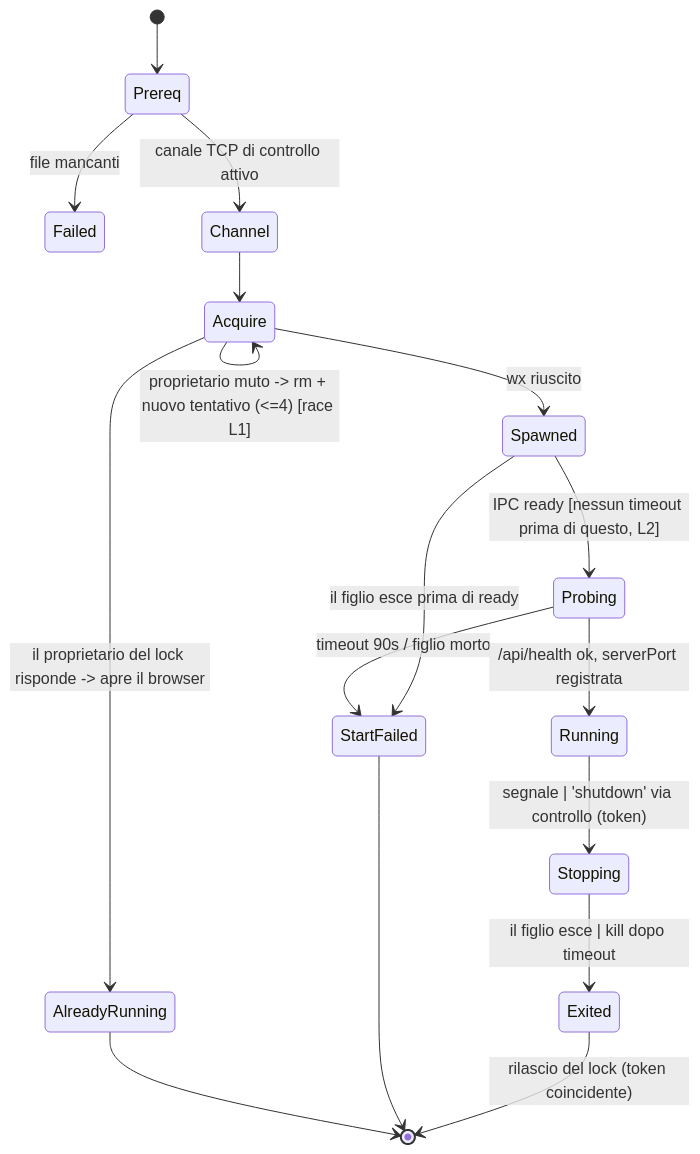
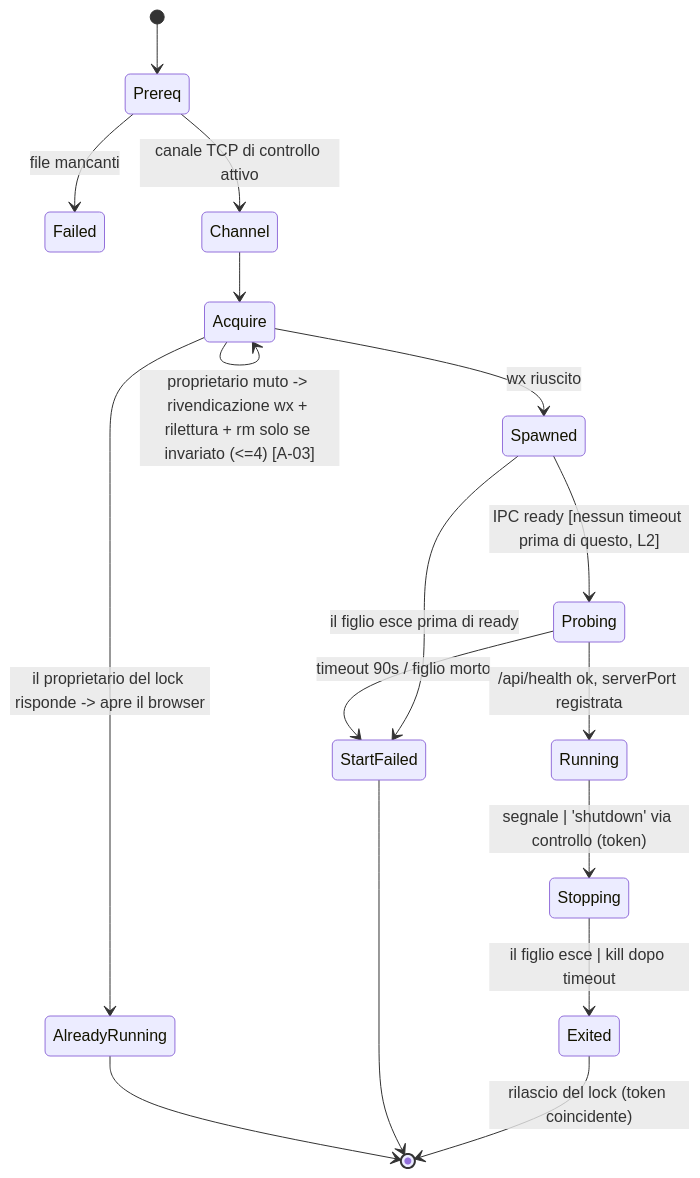
Before and after one commit to antimo95/appConto: the third of 8 diagrams in docs/architecture-audit/STATE_MACHINES.md, drawn with Mermaid. The commit also changed other lines of this file and 6 other files, not shown here.

````diff
--- a/docs/architecture-audit/STATE_MACHINES.md
+++ b/docs/architecture-audit/STATE_MACHINES.md
@@ -213,19 +213,19 @@
 ```mermaid
 stateDiagram-v2
   [*] --> Prereq
   Prereq --> Failed: file mancanti
   Prereq --> Channel: canale TCP di controllo attivo
   Channel --> Acquire
   Acquire --> AlreadyRunning: il proprietario del lock risponde -> apre il browser
-  Acquire --> Acquire: proprietario muto -> rm + nuovo tentativo (<=4) [race L1]
+  Acquire --> Acquire: proprietario muto -> rivendicazione wx + rilettura + rm solo se invariato (<=4) [A-03]
   Acquire --> Spawned: wx riuscito
   Spawned --> StartFailed: il figlio esce prima di ready
   Spawned --> Probing: IPC ready [nessun timeout prima di questo, L2]
   Probing --> StartFailed: timeout 90s / figlio morto
   Probing --> Running: /api/health ok, serverPort registrata
   Running --> Stopping: segnale | 'shutdown' via controllo (token)
   Stopping --> Exited: il figlio esce | kill dopo timeout
   Exited --> [*]: rilascio del lock (token coincidente)
   StartFailed --> [*]
   AlreadyRunning --> [*]
 ```
````
